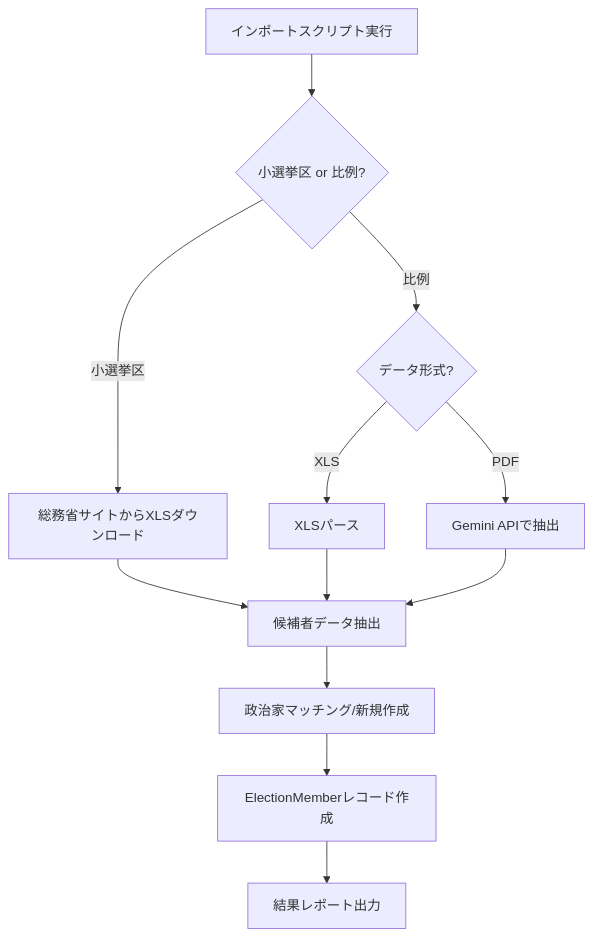
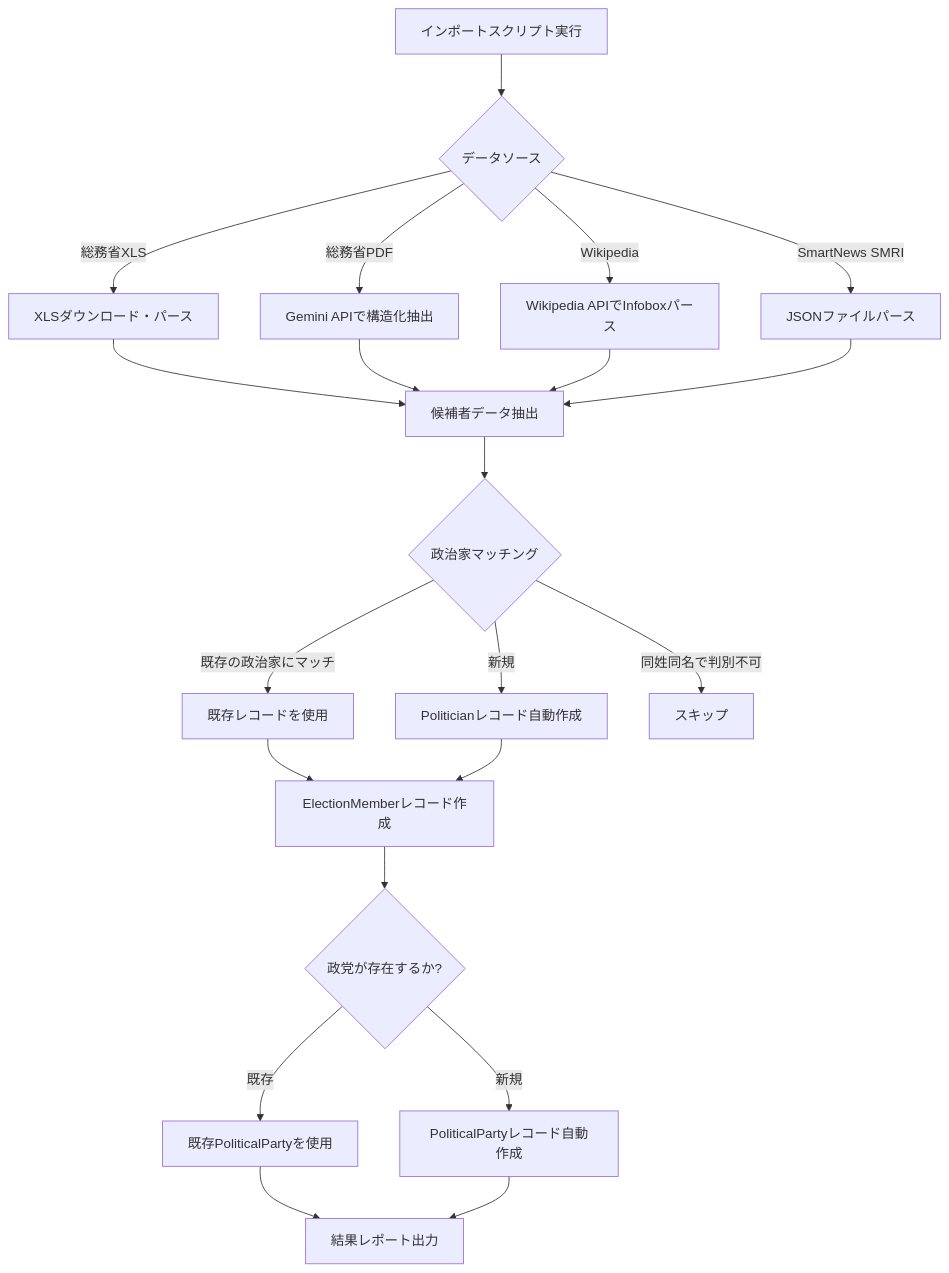
The third of 3 diagrams in docs/development/data-creation/election.md (sage-base/corporation-docs), drawn with Mermaid before and after one commit. The commit also changed other lines of this file and 7 other files, not shown here.

````diff
--- a/docs/development/data-creation/election.md
+++ b/docs/development/data-creation/election.md
@@ -268,14 +404,23 @@
 ```mermaid
 flowchart TD
-    A[インポートスクリプト実行] --> B{小選挙区 or 比例?}
-    B -->|小選挙区| C[総務省サイトからXLSダウンロード]
-    B -->|比例| D{データ形式?}
-    D -->|XLS| E[XLSパース]
-    D -->|PDF| F[Gemini APIで抽出]
+    A[インポートスクリプト実行] --> B{データソース}
+    B -->|総務省XLS| C[XLSダウンロード・パース]
+    B -->|総務省PDF| D[Gemini APIで構造化抽出]
+    B -->|Wikipedia| E[Wikipedia APIでInfoboxパース]
+    B -->|SmartNews SMRI| F[JSONファイルパース]
     C --> G[候補者データ抽出]
+    D --> G
     E --> G
     F --> G
-    G --> H[政治家マッチング/新規作成]
-    H --> I[ElectionMemberレコード作成]
-    I --> J[結果レポート出力]
+    G --> H{政治家マッチング}
+    H -->|既存の政治家にマッチ| I[既存レコードを使用]
+    H -->|新規| J[Politicianレコード自動作成]
+    H -->|同姓同名で判別不可| K[スキップ]
+    I --> L[ElectionMemberレコード作成]
+    J --> L
+    L --> M{政党が存在するか?}
+    M -->|既存| N[既存PoliticalPartyを使用]
+    M -->|新規| O[PoliticalPartyレコード自動作成]
+    N --> P[結果レポート出力]
+    O --> P
 ```
````
